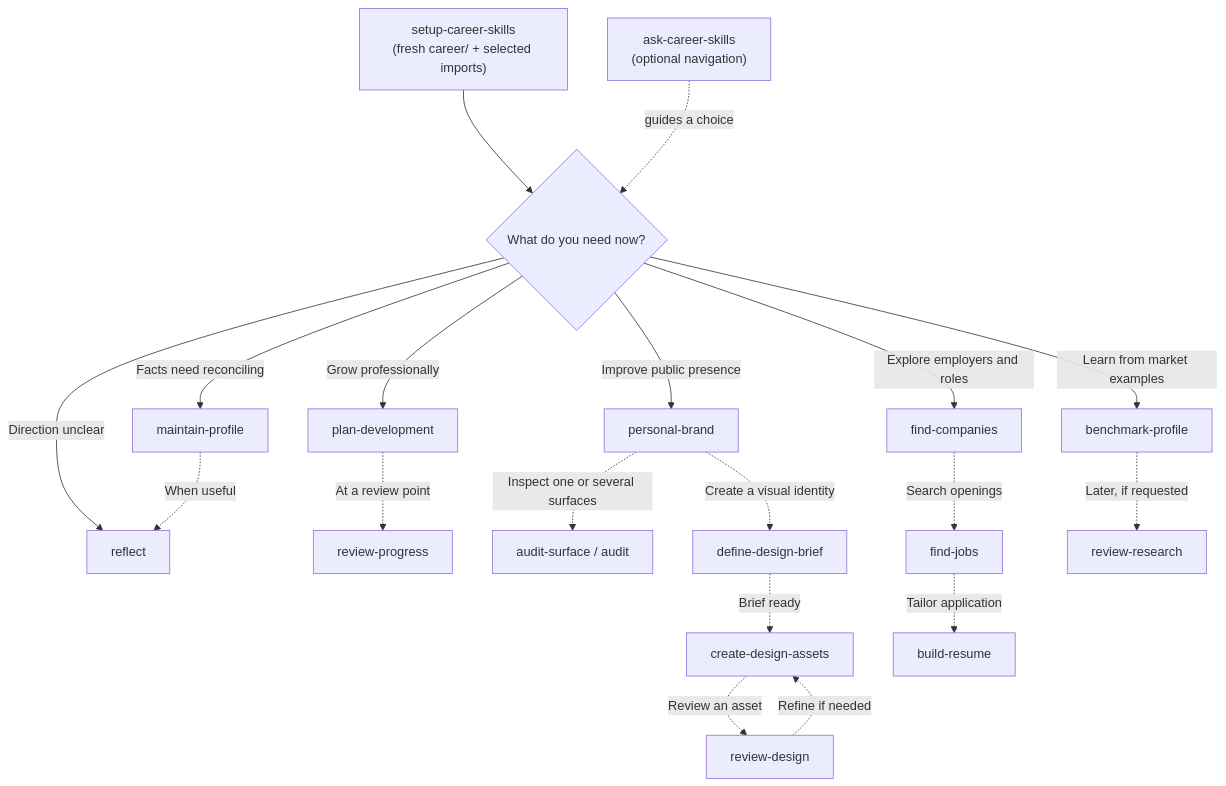
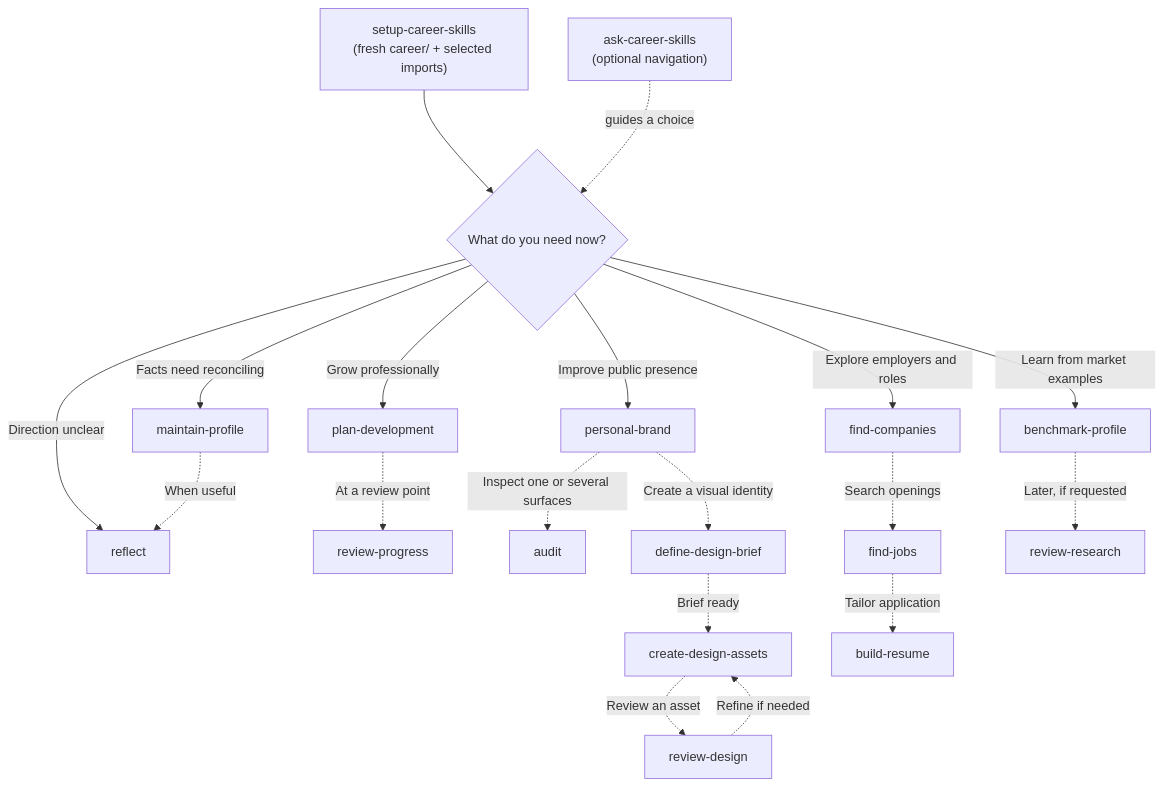
Before and after one commit to lfarci/career-skills: the first of 2 diagrams in docs/USER-JOURNEY.md, drawn with Mermaid. The commit also changed other lines of this file and 9 other files, not shown here.

First line of the commit message:
refactor: merge audit-surface into a discoverable audit skill

````diff
--- a/docs/USER-JOURNEY.md
+++ b/docs/USER-JOURNEY.md
@@ -7,21 +7,21 @@
 ```mermaid
 flowchart TD
     S["setup-career-skills<br/>(fresh career/ + selected imports)"] --> Q{"What do you need now?"}
     W["ask-career-skills<br/>(optional navigation)"] -. "guides a choice" .-> Q
     Q -->|"Facts need reconciling"| P["maintain-profile"]
     Q -->|"Direction unclear"| R["reflect"]
     P -. "When useful" .-> R
     Q -->|"Grow professionally"| D["plan-development"]
     D -. "At a review point" .-> DR["review-progress"]
     Q -->|"Improve public presence"| B["personal-brand"]
-    B -. "Inspect one or several surfaces" .-> A["audit-surface / audit"]
+    B -. "Inspect one or several surfaces" .-> A["audit"]
     B -. "Create a visual identity" .-> DB["define-design-brief"]
     DB -. "Brief ready" .-> DA["create-design-assets"]
     DA -. "Review an asset" .-> DV["review-design"]
     DV -. "Refine if needed" .-> DA
     Q -->|"Explore employers and roles"| C["find-companies"]
     C -. "Search openings" .-> J["find-jobs"]
     J -. "Tailor application" .-> CV["build-resume"]
     Q -->|"Learn from market examples"| BM["benchmark-profile"]
     BM -. "Later, if requested" .-> RR["review-research"]
 ```
````
